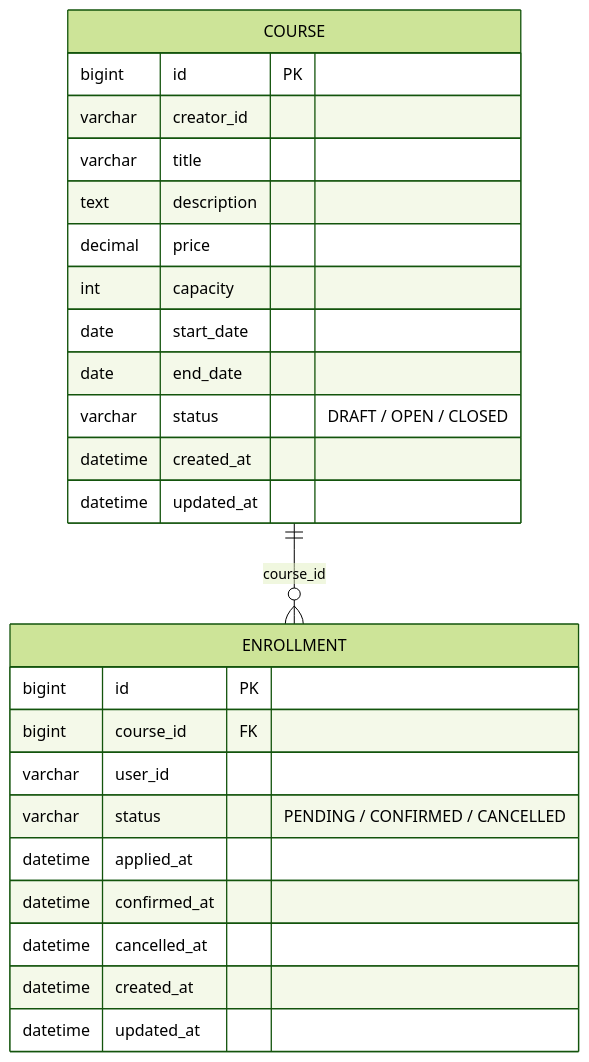
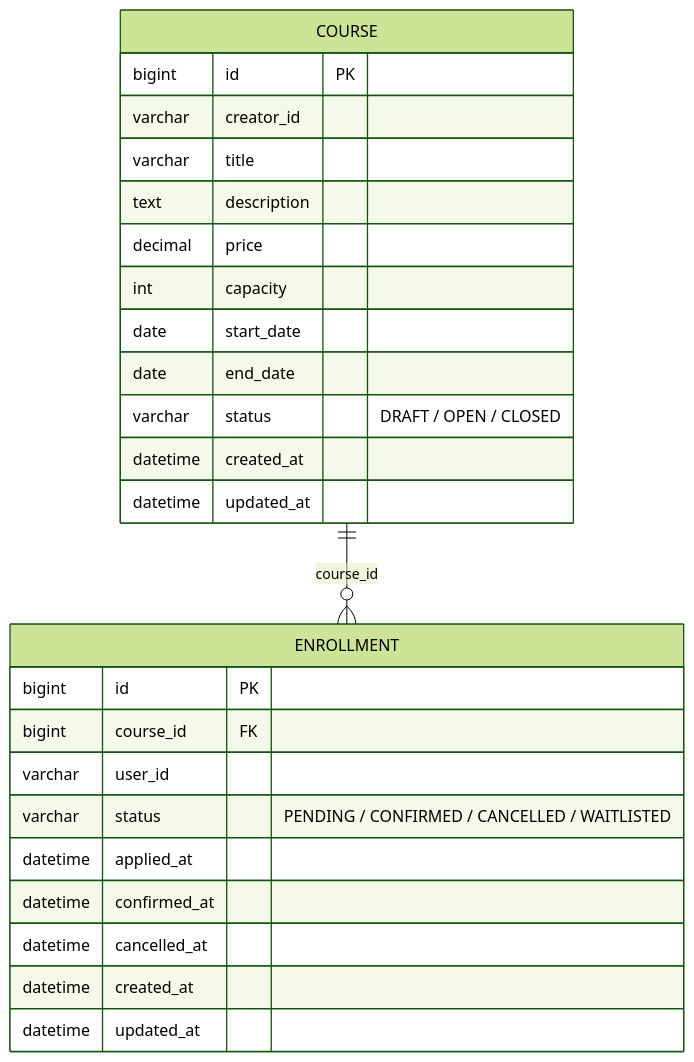
Before and after one commit to wonyong1008/liveklass-enrollment-assignment: the diagram in README.md, drawn with Mermaid (forest theme). The commit also changed other lines of this file, not shown here.

````diff
--- a/README.md
+++ b/README.md
@@ -120,28 +146,28 @@
 ```mermaid
 erDiagram
     COURSE {
         bigint id PK
         varchar creator_id
         varchar title
         text description
         decimal price
         int capacity
         date start_date
         date end_date
         varchar status "DRAFT / OPEN / CLOSED"
         datetime created_at
         datetime updated_at
     }
     ENROLLMENT {
         bigint id PK
         bigint course_id FK
         varchar user_id
-        varchar status "PENDING / CONFIRMED / CANCELLED"
+        varchar status "PENDING / CONFIRMED / CANCELLED / WAITLISTED"
         datetime applied_at
         datetime confirmed_at
         datetime cancelled_at
         datetime created_at
         datetime updated_at
     }
     COURSE ||--o{ ENROLLMENT : "course_id"
 ```
````
